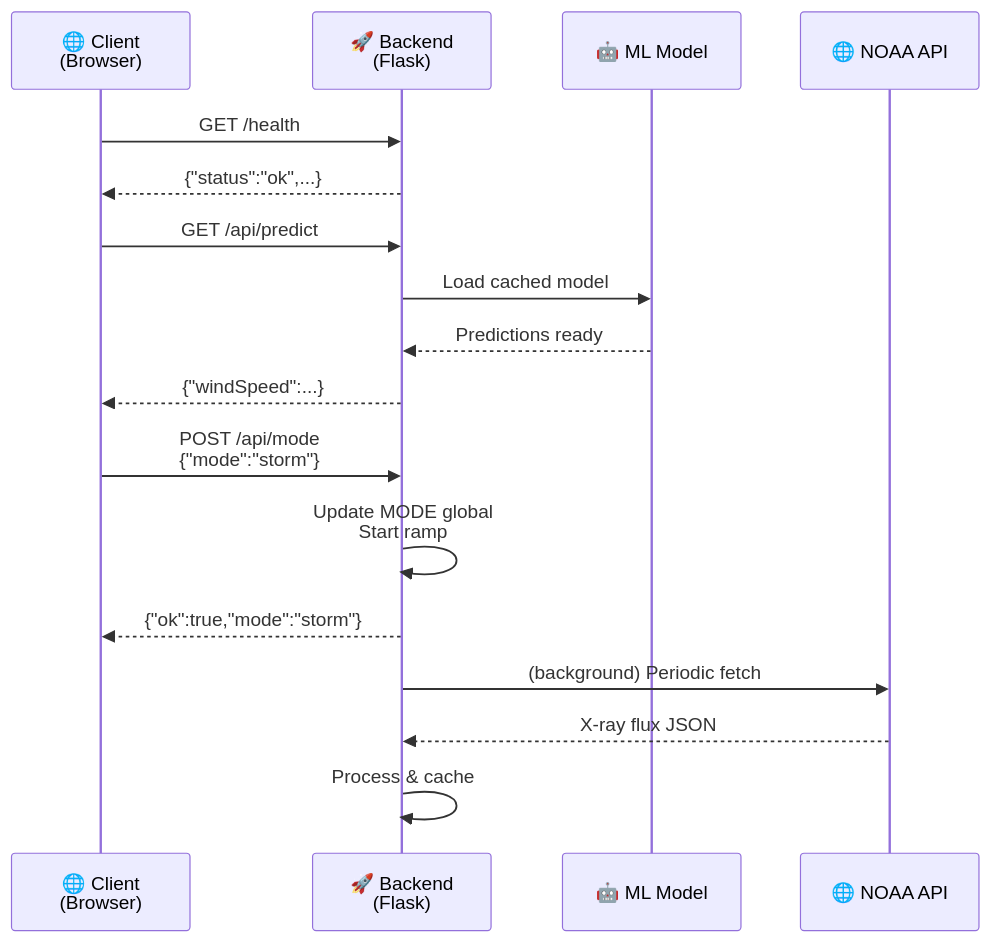
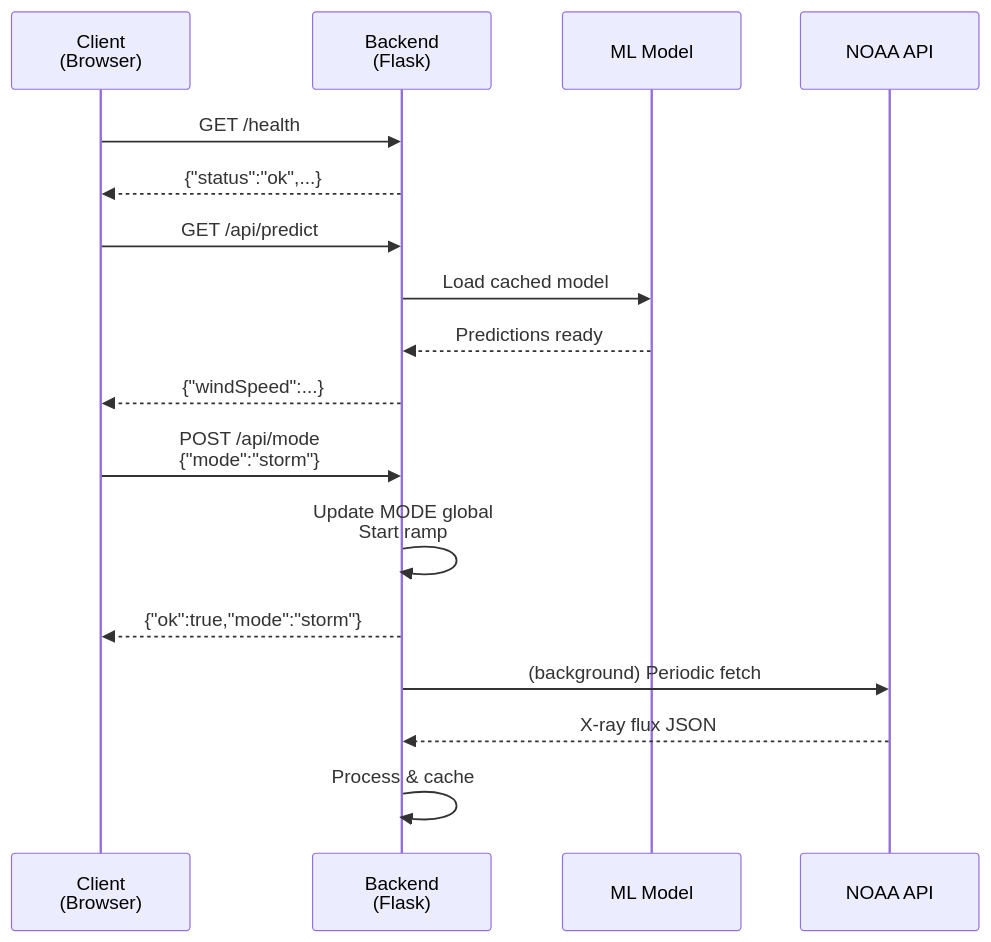
Diagram 11 of 12 in docs/ARCHITECTURE.md (Hisimsek1/Perihelion.AI), drawn with Mermaid before and after one commit. The commit also changed other lines of this file, not shown here.

Commit message:
Remove emojis from architecture diagrams for cleaner documentation

````diff
--- a/docs/ARCHITECTURE.md
+++ b/docs/ARCHITECTURE.md
@@ -525,23 +524,23 @@
 ```mermaid
 sequenceDiagram
-    participant Client as 🌐 Client<br/>(Browser)
-    participant Backend as 🚀 Backend<br/>(Flask)
-    participant ML as 🤖 ML Model
-    participant NOAA as 🌐 NOAA API
+    participant Client as Client<br/>(Browser)
+    participant Backend as Backend<br/>(Flask)
+    participant ML as ML Model
+    participant NOAA as NOAA API
 
     Client->>Backend: GET /health
     Backend-->>Client: {"status":"ok",...}
     
     Client->>Backend: GET /api/predict
     Backend->>ML: Load cached model
     ML-->>Backend: Predictions ready
     Backend-->>Client: {"windSpeed":...}
     
     Client->>Backend: POST /api/mode<br/>{"mode":"storm"}
     Backend->>Backend: Update MODE global<br/>Start ramp
     Backend-->>Client: {"ok":true,"mode":"storm"}
     
     Backend->>NOAA: (background) Periodic fetch
     NOAA-->>Backend: X-ray flux JSON
     Backend->>Backend: Process & cache
 ```
````
